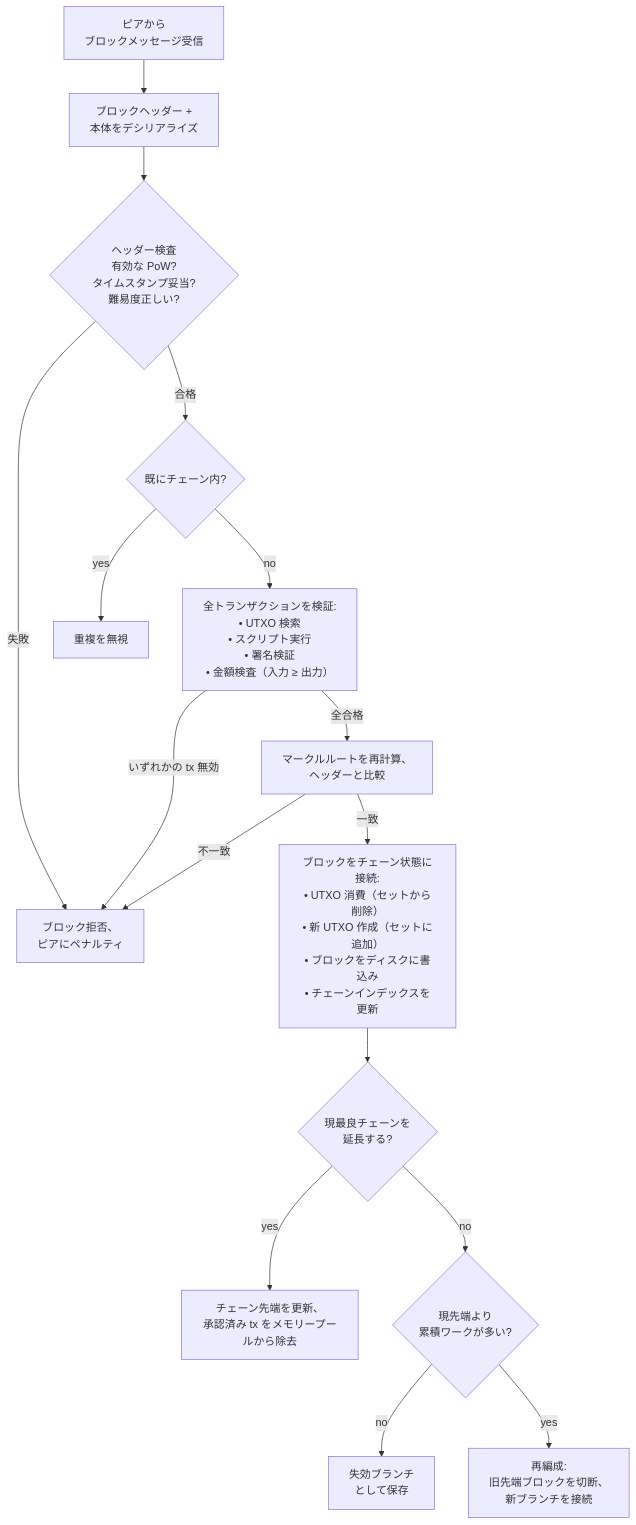
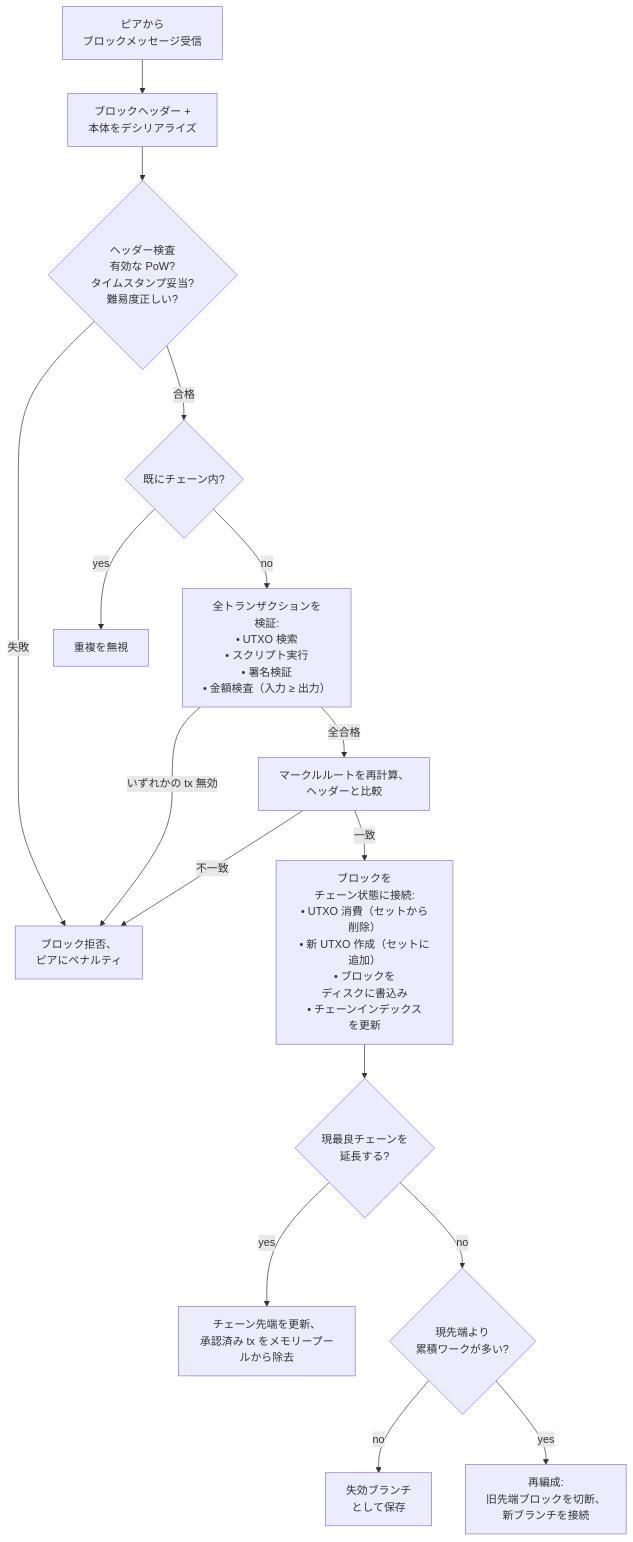
One commit to cypher256/BitcoinArchive changed the fourth of 5 diagrams in src/data/translations/ja/design/2009-01-03-bitcoin-system-design-overview.md. Above: the diagram before and after it, drawn with Mermaid. The commit also changed other lines of this file and 11 other files, not shown here.

First line of the commit message:
JA Mermaid labels: wrap long CJK labels (mermaid-ja-wrap, 12 design docs)

````diff
--- a/src/data/translations/ja/design/2009-01-03-bitcoin-system-design-overview.md
+++ b/src/data/translations/ja/design/2009-01-03-bitcoin-system-design-overview.md
@@ -177,23 +177,23 @@
 ```mermaid
 flowchart TD
     RECV["ピアから<br/>ブロックメッセージ受信"] --> DESER["ブロックヘッダー +<br/>本体をデシリアライズ"]
     DESER --> HDR{"ヘッダー検査<br/>有効な PoW?<br/>タイムスタンプ妥当?<br/>難易度正しい?"}
 
     HDR -- 失敗 --> REJECT["ブロック拒否、<br/>ピアにペナルティ"]
     HDR -- 合格 --> DUPTST{"既にチェーン内?"}
 
     DUPTST -- yes --> DROP["重複を無視"]
-    DUPTST -- no --> CTXVAL["全トランザクションを検証:<br/>• UTXO 検索<br/>• スクリプト実行<br/>• 署名検証<br/>• 金額検査（入力 ≥ 出力）"]
+    DUPTST -- no --> CTXVAL["全トランザクションを<br/>検証:<br/>• UTXO 検索<br/>• スクリプト実行<br/>• 署名検証<br/>• 金額検査（入力 ≥ 出力）"]
 
     CTXVAL -- いずれかの tx 無効 --> REJECT
     CTXVAL -- 全合格 --> MERKLE["マークルルートを再計算、<br/>ヘッダーと比較"]
 
     MERKLE -- 不一致 --> REJECT
-    MERKLE -- 一致 --> CONNECT["ブロックをチェーン状態に接続:<br/>• UTXO 消費（セットから削除）<br/>• 新 UTXO 作成（セットに追加）<br/>• ブロックをディスクに書込み<br/>• チェーンインデックスを更新"]
+    MERKLE -- 一致 --> CONNECT["ブロックを<br/>チェーン状態に接続:<br/>• UTXO 消費（セットから削除）<br/>• 新 UTXO 作成（セットに追加）<br/>• ブロックを<br/>ディスクに書込み<br/>• チェーンインデックス<br/>を更新"]
 
     CONNECT --> FORK{"現最良チェーンを<br/>延長する?"}
     FORK -- yes --> TIP["チェーン先端を更新、<br/>承認済み tx をメモリープールから除去"]
     FORK -- no --> REORG{"現先端より<br/>累積ワークが多い?"}
     REORG -- no --> STALE["失効ブランチ<br/>として保存"]
     REORG -- yes --> REORGANIZE["再編成:<br/>旧先端ブロックを切断、<br/>新ブランチを接続"]
 ```
````
